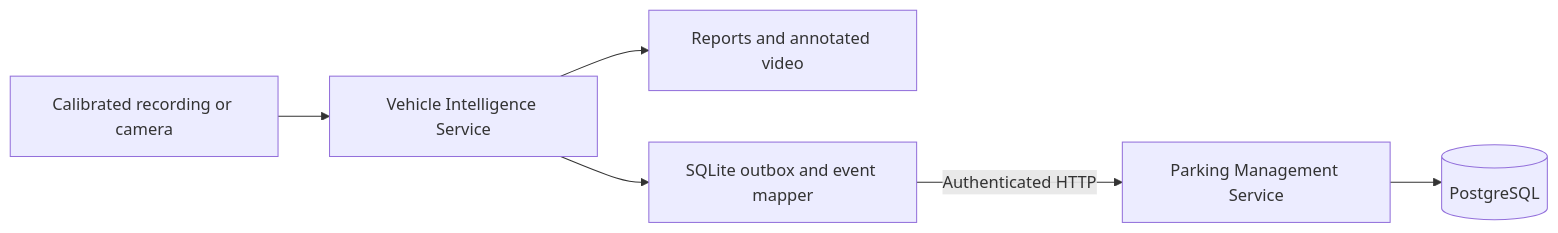
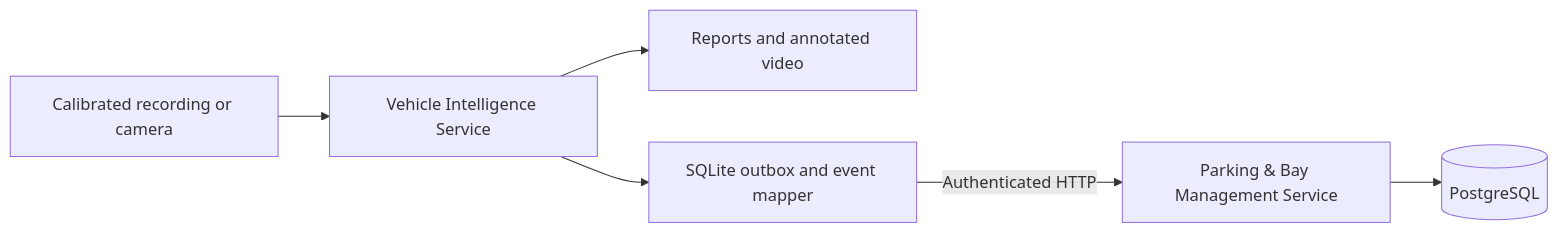
The diagram in README.md (adityavarmaaa/SmartGarage-S1), drawn with Mermaid before and after one commit. The commit also changed other lines of this file and 13 other files, not shown here.

````diff
--- a/README.md
+++ b/README.md
@@ -5,8 +5,8 @@
 ```mermaid
 flowchart LR
     Input[Calibrated recording or camera] --> S1[Vehicle Intelligence Service]
     S1 --> Reports[Reports and annotated video]
     S1 --> Outbox[SQLite outbox and event mapper]
-    Outbox -->|Authenticated HTTP| S2[Parking Management Service]
+    Outbox -->|Authenticated HTTP| S2[Parking & Bay Management Service]
     S2 --> DB[(PostgreSQL)]
 ```
````
